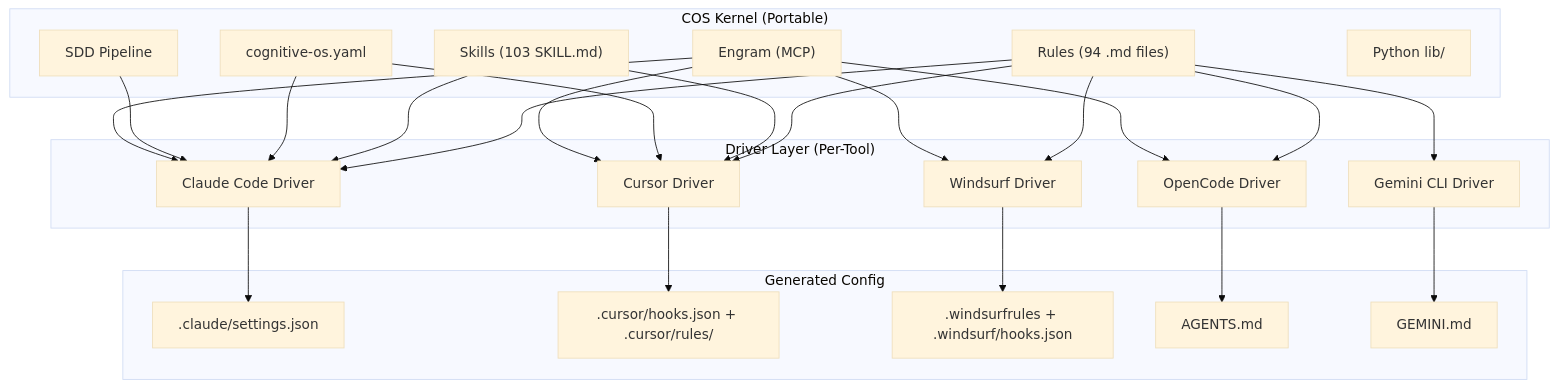
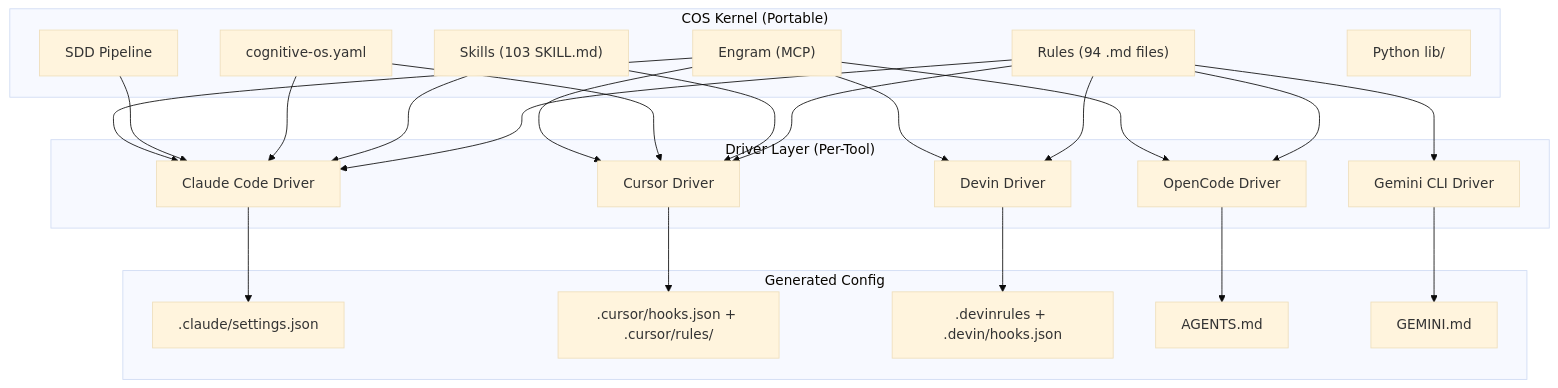
Before and after one commit to Luum-Home/luum-cognitive-os: the diagram in docs/04-Concepts/architecture/cross-runtime-portability.md, drawn with Mermaid (base theme). The commit also changed other lines of this file and 123 other files, not shown here.

Commit message:
Rename Windsurf references to Devin

````diff
--- a/docs/04-Concepts/architecture/cross-runtime-portability.md
+++ b/docs/04-Concepts/architecture/cross-runtime-portability.md
@@ -37,42 +37,42 @@
 ```mermaid
 graph TB
     subgraph "COS Kernel (Portable)"
         Rules["Rules (94 .md files)"]
         Skills["Skills (103 SKILL.md)"]
         Config["cognitive-os.yaml"]
         Pipeline["SDD Pipeline"]
         Memory["Engram (MCP)"]
         Libs["Python lib/"]
     end
 
     subgraph "Driver Layer (Per-Tool)"
         CC["Claude Code Driver"]
         CU["Cursor Driver"]
-        WS["Windsurf Driver"]
+        WS["Devin Driver"]
         OC["OpenCode Driver"]
         GE["Gemini CLI Driver"]
     end
 
     subgraph "Generated Config"
         CCS[".claude/settings.json"]
         CUR[".cursor/hooks.json + .cursor/rules/"]
-        WSR[".windsurfrules + .windsurf/hooks.json"]
+        WSR[".devinrules + .devin/hooks.json"]
         AGM["AGENTS.md"]
         GEM["GEMINI.md"]
     end
 
     Rules --> CC --> CCS
     Rules --> CU --> CUR
     Rules --> WS --> WSR
     Rules --> OC --> AGM
     Rules --> GE --> GEM
     Skills --> CC
     Skills --> CU
     Config --> CC
     Config --> CU
     Pipeline --> CC
     Memory --> CC
     Memory --> CU
     Memory --> WS
     Memory --> OC
 ```
````
